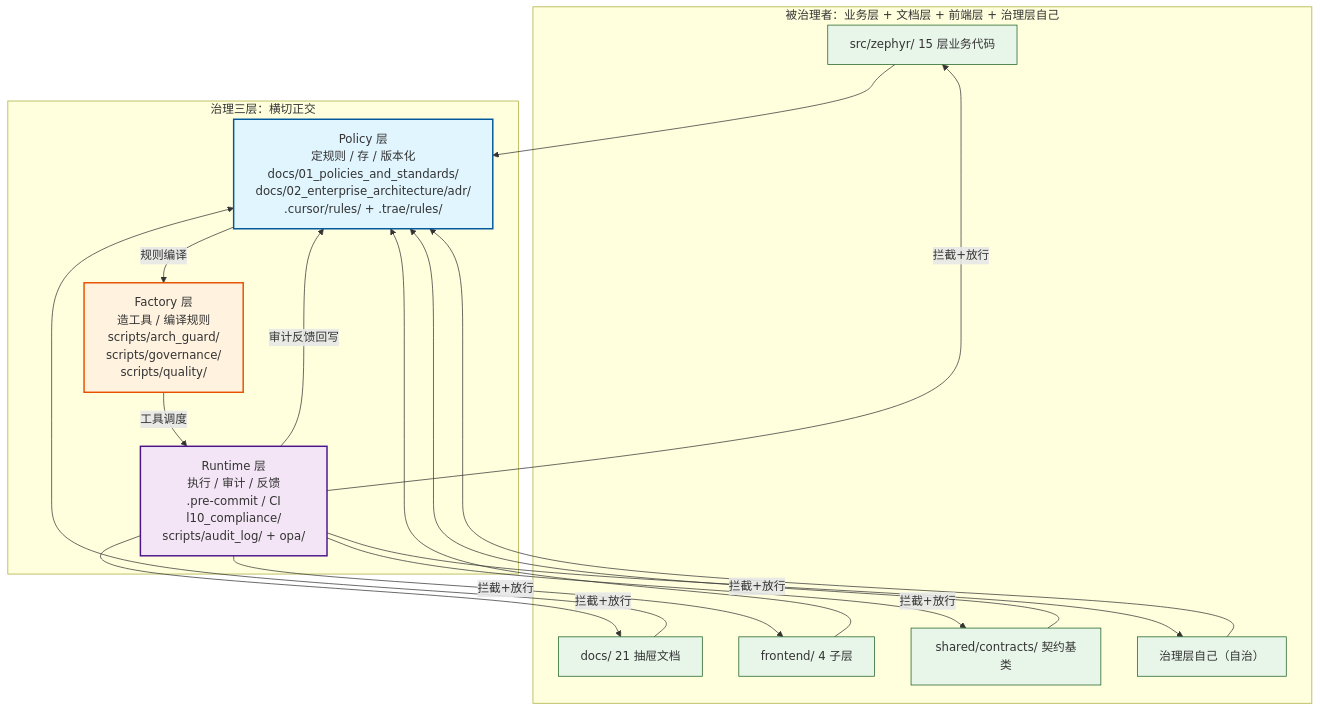
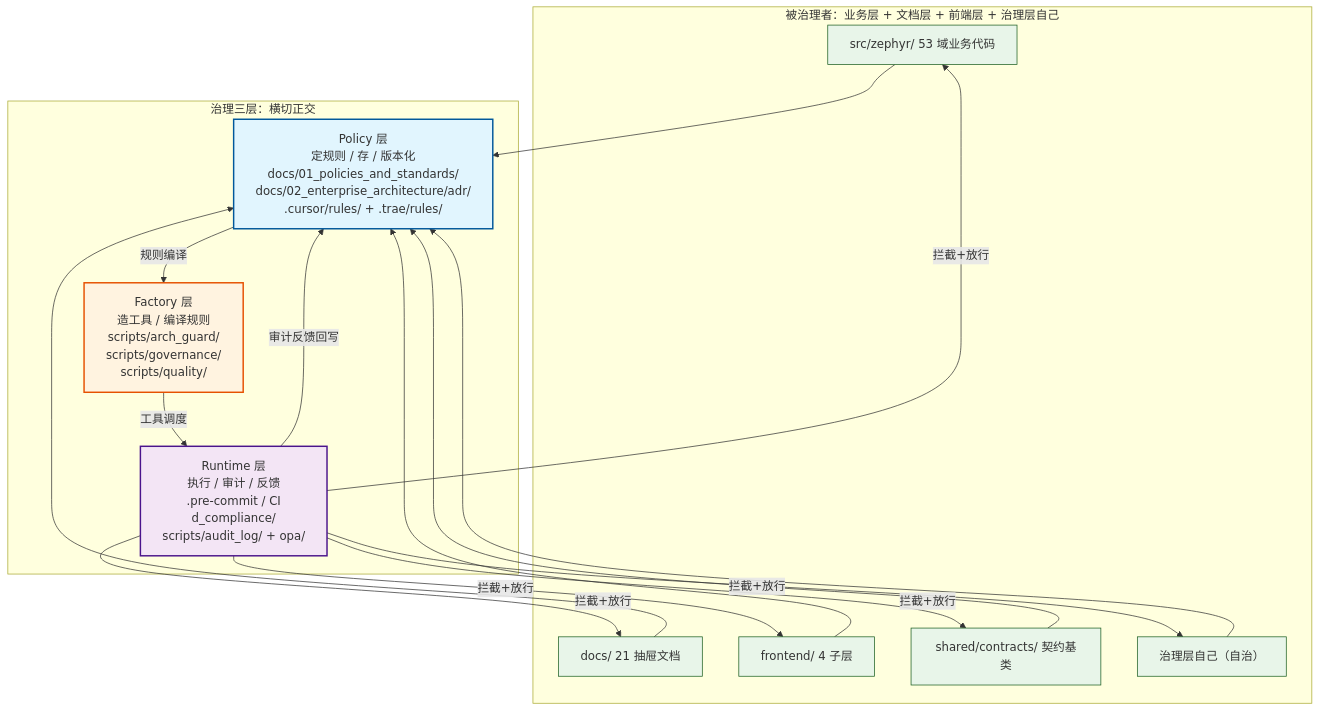
One commit to xuanFelixVan/ZephyrAlpha changed the diagram in docs/02_enterprise_architecture/target_architecture/diagrams/governance_three_layers.mmd. Above: the diagram before and after it, drawn with Mermaid. The commit also changed 20 other files, not shown here.

First line of the commit message:
target_architecture: 全量修复21项审查问题 (P0阻断4项+P1 52域14层残留16项+P2数字矛盾2项+P3孤儿图6项+P4 docs_drawer同步1项); 13个文件修改

```diff
--- a/docs/02_enterprise_architecture/target_architecture/diagrams/governance_three_layers.mmd
+++ b/docs/02_enterprise_architecture/target_architecture/diagrams/governance_three_layers.mmd
@@ -1,41 +1,41 @@
 %% Source: governance_architecture.md §2.3
 graph TB
     subgraph 被治理者[被治理者：业务层 + 文档层 + 前端层 + 治理层自己]
-        BIZ["src/zephyr/ 15 层业务代码"]
+        BIZ["src/zephyr/ 53 域业务代码"]
         DOC["docs/ 21 抽屉文档"]
         FE["frontend/ 4 子层"]
         CONTRACT["shared/contracts/ 契约基类"]
         GOV_SELF["治理层自己（自治）"]
     end
 
     subgraph 治理三层[治理三层：横切正交]
         P["Policy 层<br/>定规则 / 存 / 版本化<br/>docs/01_policies_and_standards/<br/>docs/02_enterprise_architecture/adr/<br/>.cursor/rules/ + .trae/rules/"]
         F["Factory 层<br/>造工具 / 编译规则<br/>scripts/arch_guard/<br/>scripts/governance/<br/>scripts/quality/"]
-        R["Runtime 层<br/>执行 / 审计 / 反馈<br/>.pre-commit / CI<br/>l10_compliance/<br/>scripts/audit_log/ + opa/"]
+        R["Runtime 层<br/>执行 / 审计 / 反馈<br/>.pre-commit / CI<br/>d_compliance/<br/>scripts/audit_log/ + opa/"]
     end
 
     BIZ --> P
     DOC --> P
     FE --> P
     CONTRACT --> P
     GOV_SELF --> P
 
     P -->|规则编译| F
     F -->|工具调度| R
     R -->|审计反馈回写| P
 
     R -->|拦截+放行| BIZ
     R -->|拦截+放行| DOC
     R -->|拦截+放行| FE
     R -->|拦截+放行| CONTRACT
     R -->|拦截+放行| GOV_SELF
 
     classDef policy fill:#e1f5fe,stroke:#01579b,stroke-width:2px
     classDef factory fill:#fff3e0,stroke:#e65100,stroke-width:2px
     classDef runtime fill:#f3e5f5,stroke:#4a148c,stroke-width:2px
     classDef bizLayer fill:#e8f5e9,stroke:#1b5e20,stroke-width:1px
 
     class P policy
     class F factory
     class R runtime
     class BIZ,DOC,FE,CONTRACT,GOV_SELF bizLayer
```
